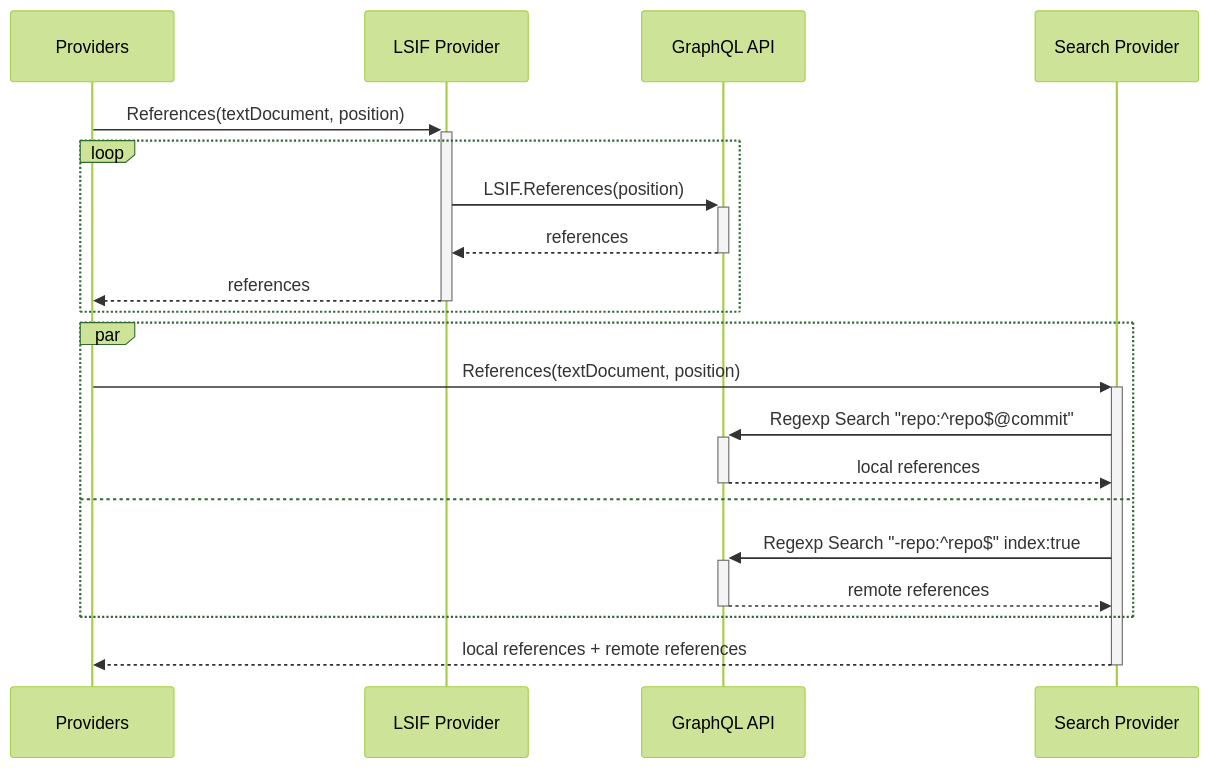
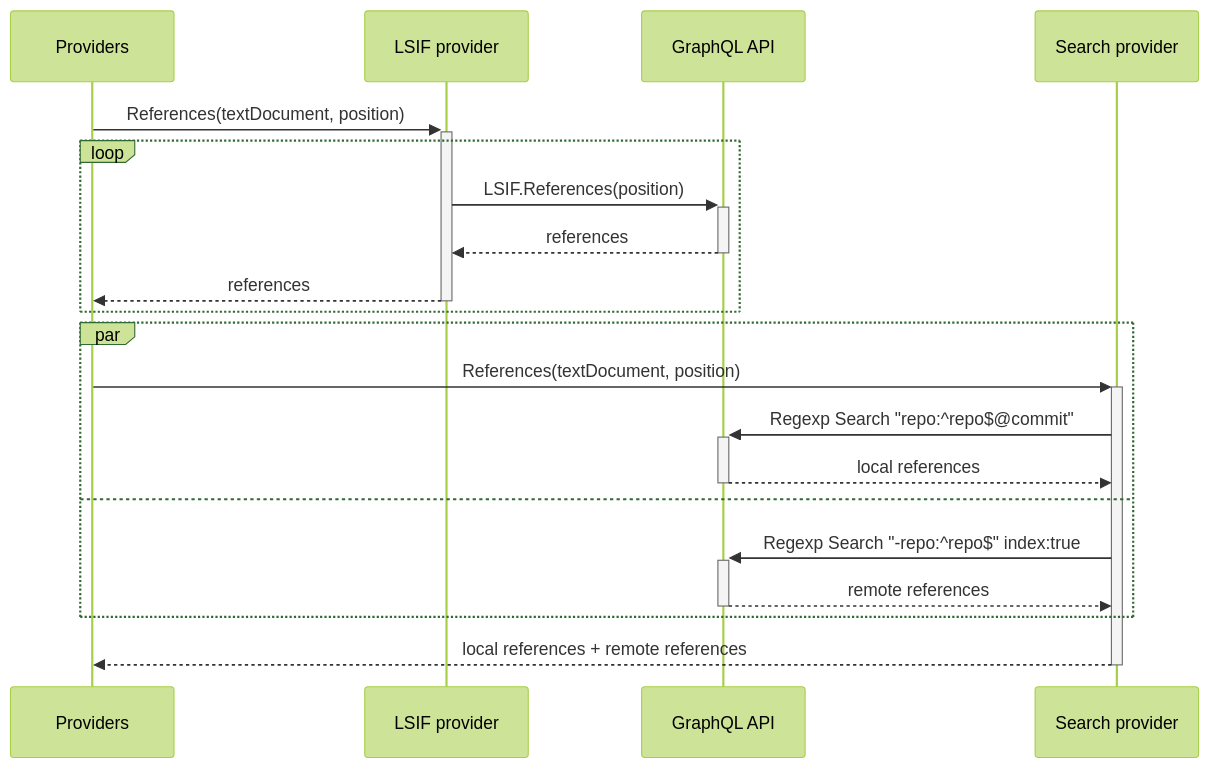
One commit to sourcegraph/sourcegraph-public-snapshot changed the diagram in doc/dev/background-information/codeintel/diagrams/extension-references.mermaid. Above: the diagram before and after it, drawn with Mermaid (forest theme). The commit also changed 22 other files, not shown here.

Commit message:
doc: Update code-intel sequence diagrams

```diff
--- a/doc/dev/background-information/codeintel/diagrams/extension-references.mermaid
+++ b/doc/dev/background-information/codeintel/diagrams/extension-references.mermaid
@@ -1,19 +1,19 @@
 sequenceDiagram
-  Providers ->>+ LSIF Provider: References(textDocument, position)
+  Providers ->>+ LSIF provider: References(textDocument, position)
 
   loop
-    LSIF Provider  ->>+ GraphQL API: LSIF.References(position)
-    GraphQL API   -->>- LSIF Provider: references
-    LSIF Provider -->>- Providers: references
+    LSIF provider  ->>+ GraphQL API: LSIF.References(position)
+    GraphQL API   -->>- LSIF provider: references
+    LSIF provider -->>- Providers: references
   end
 
   par
-    Providers       ->>+ Search Provider: References(textDocument, position)
-    Search Provider ->>+ GraphQL API: Regexp Search "repo:^repo$@commit"
-    GraphQL API    -->>- Search Provider: local references
+    Providers       ->>+ Search provider: References(textDocument, position)
+    Search provider ->>+ GraphQL API: Regexp Search "repo:^repo$@commit"
+    GraphQL API    -->>- Search provider: local references
   and
-    Search Provider ->>+ GraphQL API: Regexp Search "-repo:^repo$" index:true
-    GraphQL API    -->>- Search Provider: remote references
+    Search provider ->>+ GraphQL API: Regexp Search "-repo:^repo$" index:true
+    GraphQL API    -->>- Search provider: remote references
   end
 
-  Search Provider -->>- Providers: local references + remote references
+  Search provider -->>- Providers: local references + remote references
```
